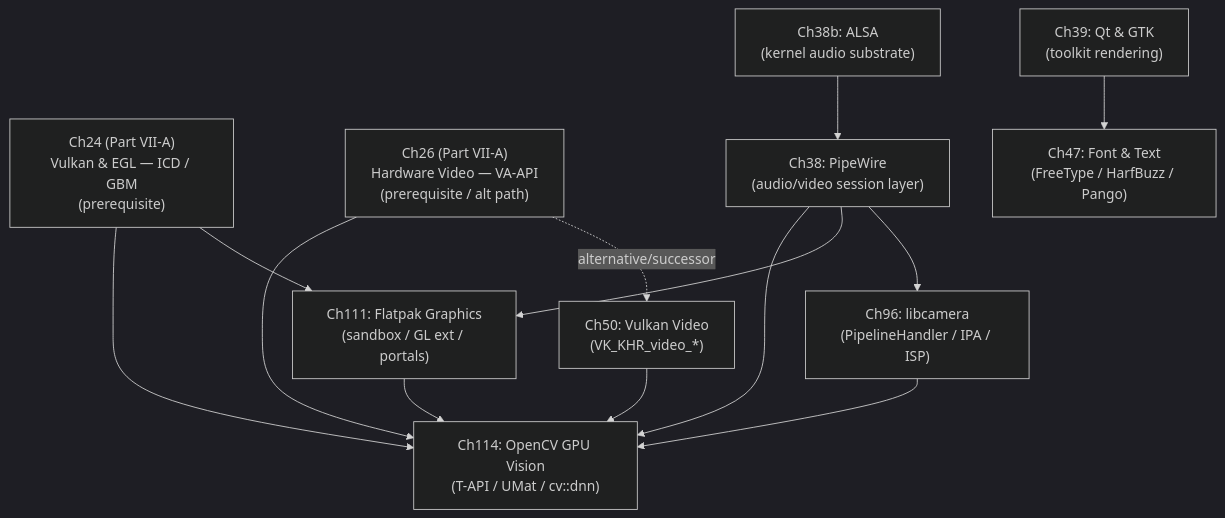
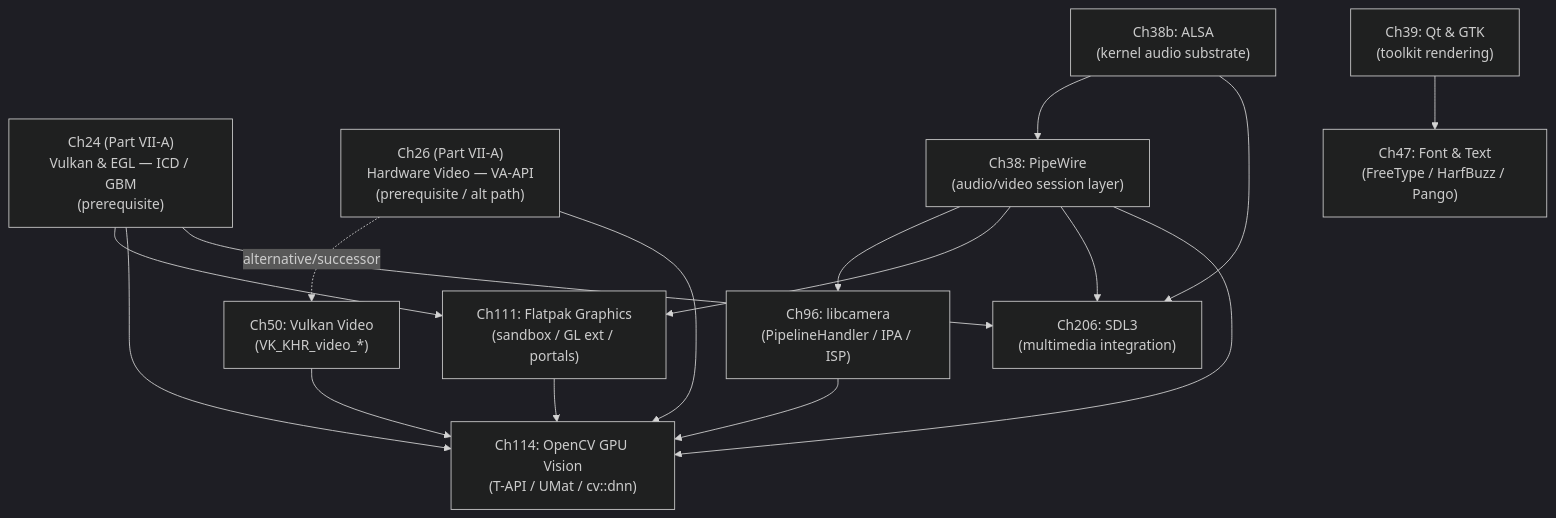
One commit to jreuben11/linux-graphics-stack-book changed the diagram in chapters/part-07b-multimedia-frameworks/part-intro.md. Above: the diagram before and after it, drawn with Mermaid (dark theme). The commit also changed other lines of this file, not shown here.

First line of the commit message:
part-07b intro: Integrate ch206 SDL3 throughout Part VII-B introduction

````diff
--- a/chapters/part-07b-multimedia-frameworks/part-intro.md
+++ b/chapters/part-07b-multimedia-frameworks/part-intro.md
@@ -71,27 +85,31 @@
 ```mermaid
 graph TD
     Ch24VIIA["Ch24 (Part VII-A)\nVulkan & EGL — ICD / GBM\n(prerequisite)"]
     Ch26VIIA["Ch26 (Part VII-A)\nHardware Video — VA-API\n(prerequisite / alt path)"]
 
     Ch38b["Ch38b: ALSA\n(kernel audio substrate)"]
     Ch38["Ch38: PipeWire\n(audio/video session layer)"]
     Ch39["Ch39: Qt & GTK\n(toolkit rendering)"]
     Ch47["Ch47: Font & Text\n(FreeType / HarfBuzz / Pango)"]
     Ch50["Ch50: Vulkan Video\n(VK_KHR_video_*)"]
     Ch96["Ch96: libcamera\n(PipelineHandler / IPA / ISP)"]
     Ch111["Ch111: Flatpak Graphics\n(sandbox / GL ext / portals)"]
     Ch114["Ch114: OpenCV GPU Vision\n(T-API / UMat / cv::dnn)"]
+    Ch206["Ch206: SDL3\n(multimedia integration)"]
 
     Ch38b --> Ch38
+    Ch38b --> Ch206
     Ch38 --> Ch96
     Ch38 --> Ch111
+    Ch38 --> Ch206
     Ch39 --> Ch47
     Ch26VIIA -.alternative/successor.-> Ch50
     Ch24VIIA --> Ch111
     Ch24VIIA --> Ch114
+    Ch24VIIA --> Ch206
     Ch38 --> Ch114
     Ch96 --> Ch114
     Ch50 --> Ch114
     Ch111 --> Ch114
     Ch26VIIA --> Ch114
 ```
````
